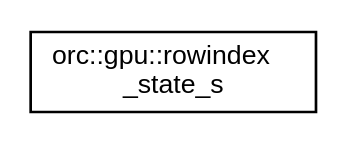
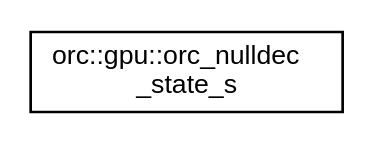
The diagram in libcudf/0.8.0/inherit_graph_190.dot (rapidsai/projects), drawn with Graphviz before and after one commit. The commit also changed 461 other files, not shown here.

```diff
--- a/libcudf/0.8.0/inherit_graph_190.dot
+++ b/libcudf/0.8.0/inherit_graph_190.dot
@@ -1,7 +1,7 @@
 digraph "Graphical Class Hierarchy"
 {
   edge [fontname="Helvetica",fontsize="10",labelfontname="Helvetica",labelfontsize="10"];
   node [fontname="Helvetica",fontsize="10",shape=record];
   rankdir="LR";
-  Node0 [label="orc::gpu::rowindex\l_state_s",height=0.2,width=0.4,color="black", fillcolor="white", style="filled",URL="$structorc_1_1gpu_1_1rowindex__state__s.html",tooltip="Shared mem state for gpuParseRowGroupIndex. "];
+  Node0 [label="orc::gpu::orc_nulldec\l_state_s",height=0.2,width=0.4,color="black", fillcolor="white", style="filled",URL="$structorc_1_1gpu_1_1orc__nulldec__state__s.html"];
 }
```
